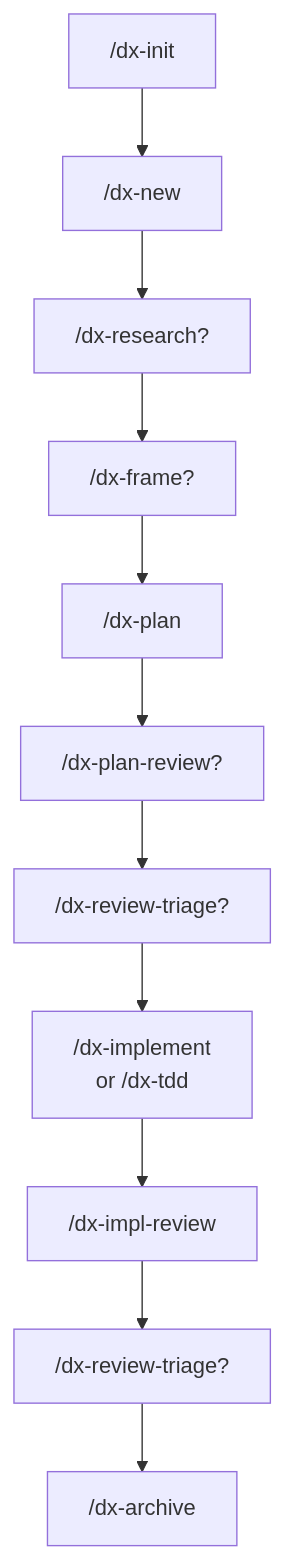
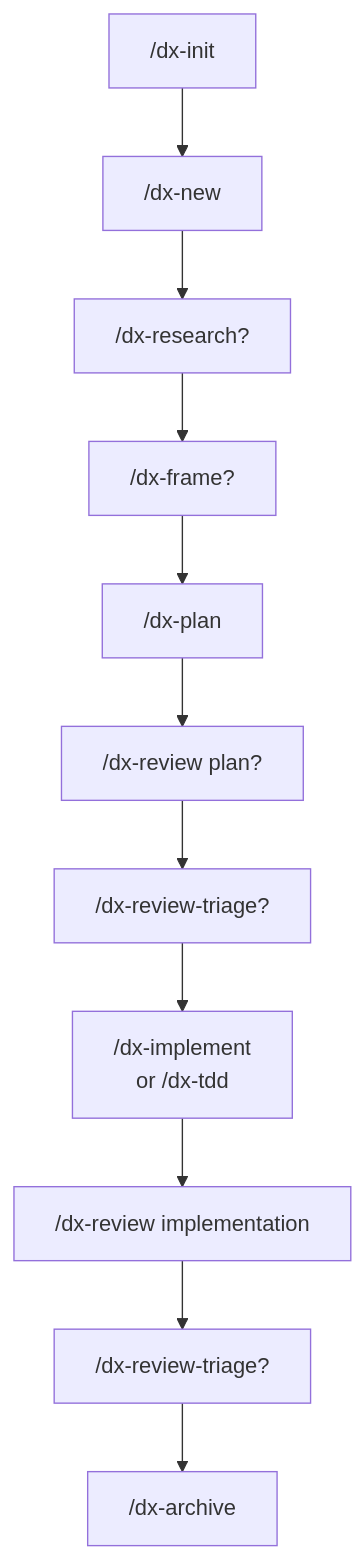
Before and after one commit to dikamilo/dx-workflow: the diagram in docs/explanation/workflow-overview.md, drawn with Mermaid. The commit also changed other lines of this file and 70 other files, not shown here.

````diff
--- a/docs/explanation/workflow-overview.md
+++ b/docs/explanation/workflow-overview.md
@@ -65,13 +65,13 @@
 ```mermaid
 flowchart TD
   init["/dx-init"] --> new["/dx-new"]
   new --> research["/dx-research?"]
   research --> frame["/dx-frame?"]
   frame --> plan["/dx-plan"]
-  plan --> planreview["/dx-plan-review?"]
+  plan --> planreview["/dx-review plan?"]
   planreview --> triage1["/dx-review-triage?"]
   triage1 --> impl["/dx-implement<br/>or /dx-tdd"]
-  impl --> implreview["/dx-impl-review"]
+  impl --> implreview["/dx-review implementation"]
   implreview --> triage2["/dx-review-triage?"]
   triage2 --> archive["/dx-archive"]
 ```
````
